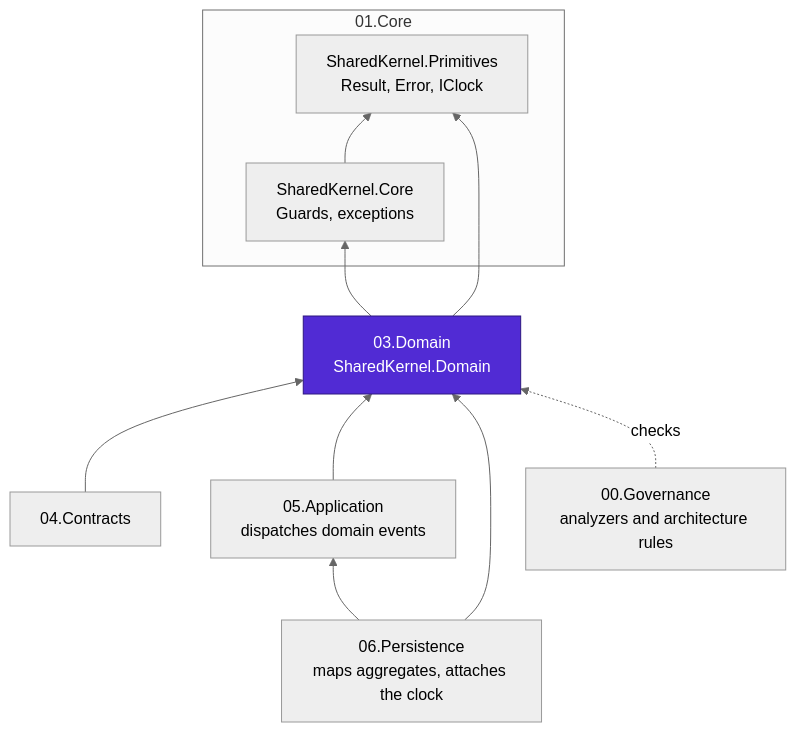
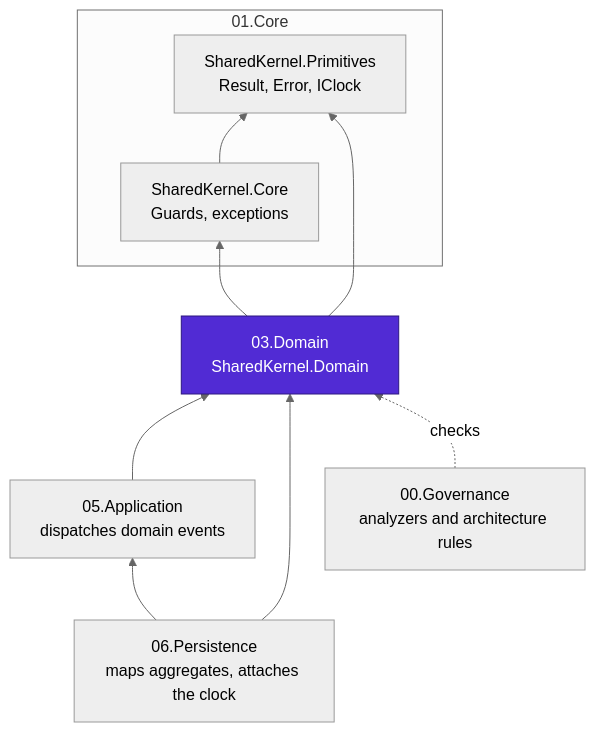
Before and after one commit to Gresta-Vertex-Labs/platform-shared-kernel: the first of 3 diagrams in 03.Domain/README.md, drawn with Mermaid (neutral theme). The commit also changed 5 other files, not shown here.

Commit message:
docs(domain): drop contracts envelope references from domain, application and workflows docs

````diff
--- a/03.Domain/README.md
+++ b/03.Domain/README.md
@@ -41,25 +41,23 @@
 ```mermaid
 flowchart BT
     subgraph core["01.Core"]
         Primitives["SharedKernel.Primitives<br/>Result, Error, IClock"]
         Core["SharedKernel.Core<br/>Guards, exceptions"]
     end
 
     Domain["03.Domain<br/>SharedKernel.Domain"]
 
-    Contracts["04.Contracts"]
     Application["05.Application<br/>dispatches domain events"]
     Persistence["06.Persistence<br/>maps aggregates, attaches the clock"]
     Governance["00.Governance<br/>analyzers and architecture rules"]
 
     style Domain fill:#512BD4,color:#fff,stroke:#2d1780
 
     Core --> Primitives
     Domain --> Primitives
     Domain --> Core
-    Contracts --> Domain
     Application --> Domain
     Persistence --> Domain
     Persistence --> Application
     Governance -. checks .-> Domain
 ```
````
